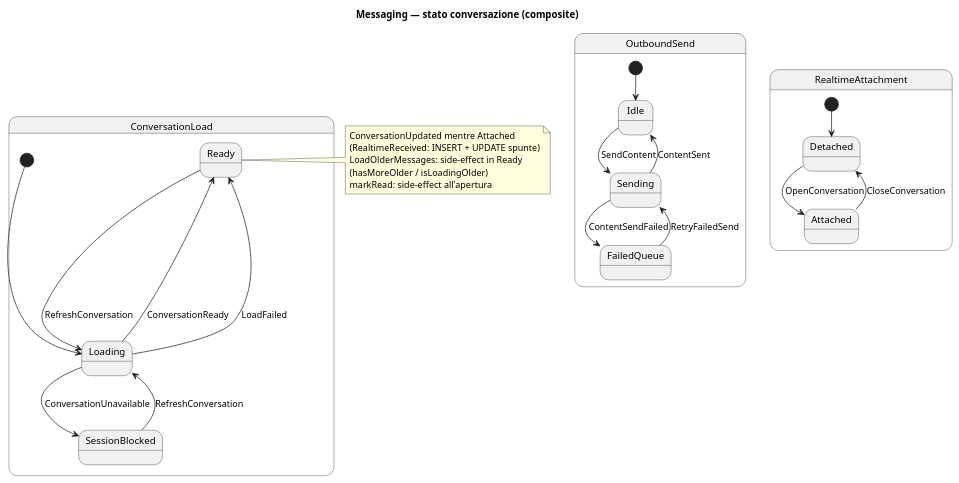
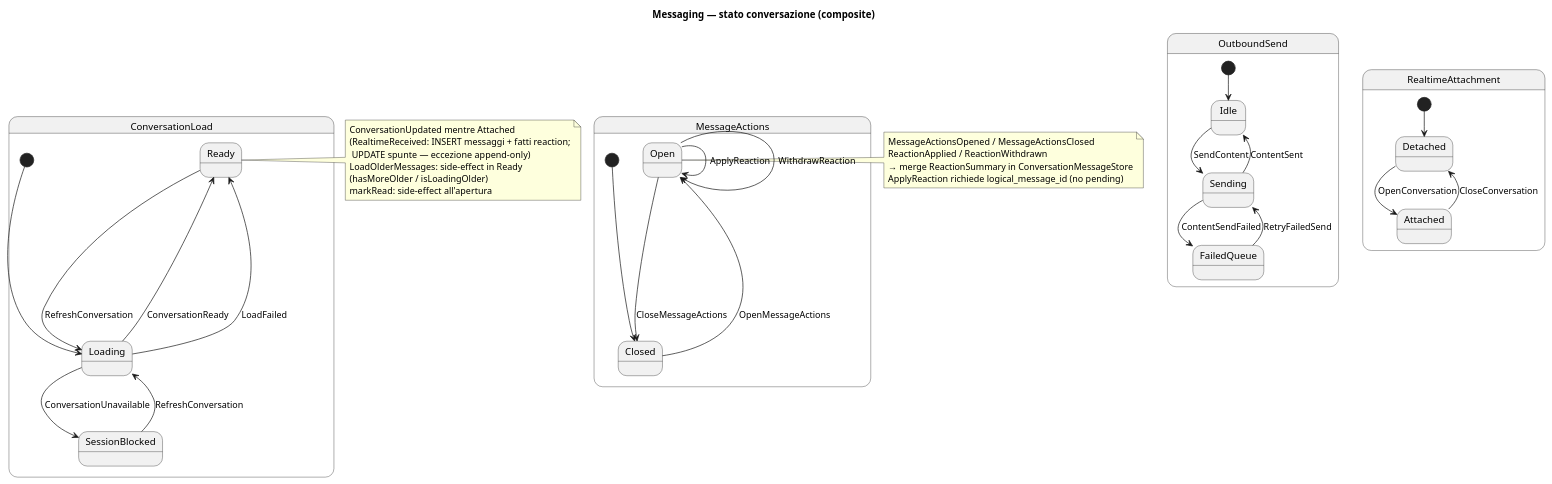
Before and after one commit to alfred-im/alfred-im: the diagram in docs/model/uml/messaging/messaging-state.puml, drawn with PlantUML. The commit also changed 33 other files, not shown here.

First line of the commit message:
feat(messaging): reaction emoji append-only su messaggi

```diff
--- a/docs/model/uml/messaging/messaging-state.puml
+++ b/docs/model/uml/messaging/messaging-state.puml
@@ -1,51 +1,70 @@
 @startuml messaging-state
 ' Context: messaging
 ' Profile: client
-' Revision: 2026-07-27
-' Statechart: ConversationLoadMachine, OutboundSendMachine, RealtimeAttachmentMachine
+' Revision: 2026-08-07
+' Statechart: ConversationLoadMachine, OutboundSendMachine, RealtimeAttachmentMachine, MessageActionsMachine
 
 title Messaging — stato conversazione (composite)
 
 state ConversationLoad {
   state Loading
   state Ready
   state SessionBlocked
 
   [*] --> Loading
   Loading --> Ready : ConversationReady
   Loading --> SessionBlocked : ConversationUnavailable
   Loading --> Ready : LoadFailed
   Ready --> Loading : RefreshConversation
   SessionBlocked --> Loading : RefreshConversation
 }
 
 state OutboundSend {
   state Idle
   state Sending
   state FailedQueue
 
   [*] --> Idle
   Idle --> Sending : SendContent
   Sending --> Idle : ContentSent
   Sending --> FailedQueue : ContentSendFailed
   FailedQueue --> Sending : RetryFailedSend
 }
 
 state RealtimeAttachment {
   state Detached
   state Attached
 
   [*] --> Detached
   Detached --> Attached : OpenConversation
   Attached --> Detached : CloseConversation
 }
 
+state MessageActions {
+  state Closed
+  state Open
+
+  [*] --> Closed
+  Closed --> Open : OpenMessageActions
+  Open --> Closed : CloseMessageActions
+  Open --> Open : ApplyReaction
+  Open --> Open : WithdrawReaction
+}
+
 note right of Ready
   ConversationUpdated mentre Attached
-  (RealtimeReceived: INSERT + UPDATE spunte)
+  (RealtimeReceived: INSERT messaggi + fatti reaction;
+   UPDATE spunte — eccezione append-only)
   LoadOlderMessages: side-effect in Ready
   (hasMoreOlder / isLoadingOlder)
   markRead: side-effect all'apertura
 end note
 
+note right of Open
+  MessageActionsOpened / MessageActionsClosed
+  ReactionApplied / ReactionWithdrawn
+  → merge ReactionSummary in ConversationMessageStore
+  ApplyReaction richiede logical_message_id (no pending)
+end note
+
 @enduml
```
